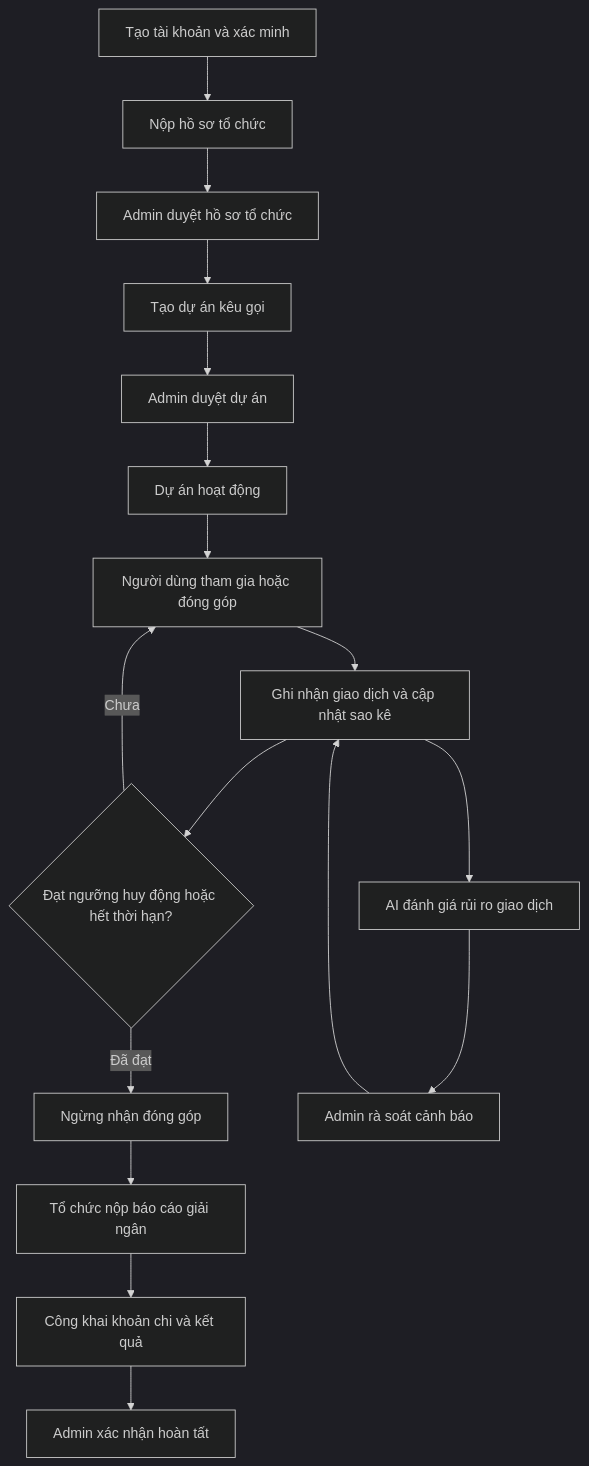
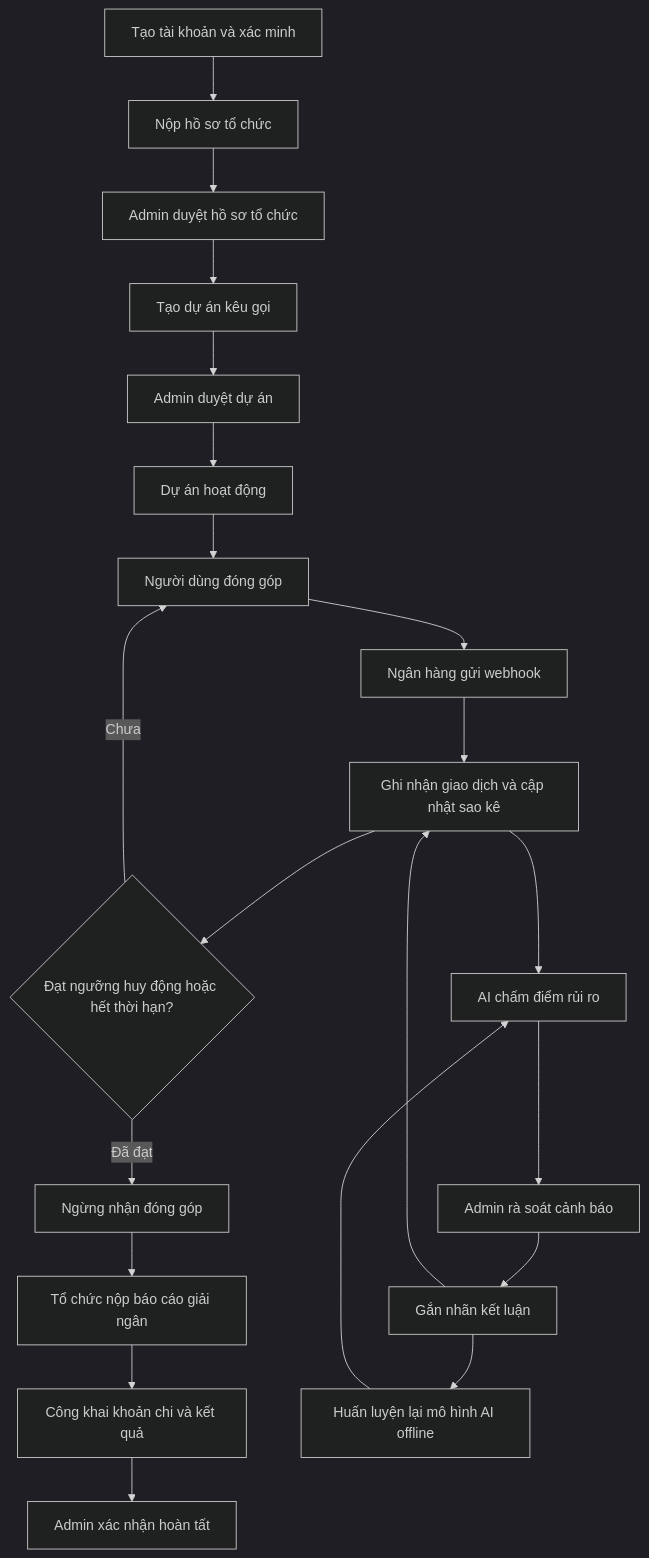
Before and after one commit to diemly26/volunteerPj_docs: the diagram in System-Flow-Summary.md, drawn with Mermaid (dark theme). The commit also changed other lines of this file, not shown here.

````diff
--- a/System-Flow-Summary.md
+++ b/System-Flow-Summary.md
@@ -23,23 +20,31 @@
 ```mermaid
 flowchart TD
   A[Tạo tài khoản và xác minh]
   B[Nộp hồ sơ tổ chức]
   C[Admin duyệt hồ sơ tổ chức]
   D[Tạo dự án kêu gọi]
   E[Admin duyệt dự án]
   F[Dự án hoạt động]
-  G[Người dùng tham gia hoặc đóng góp]
-  H[Ghi nhận giao dịch và cập nhật sao kê]
-  I{Đạt ngưỡng huy động hoặc hết thời hạn?}
-  J[Ngừng nhận đóng góp]
-  K[Tổ chức nộp báo cáo giải ngân]
-  L[Công khai khoản chi và kết quả]
-  M[Admin xác nhận hoàn tất]
-  N[AI đánh giá rủi ro giao dịch]
-  O[Admin rà soát cảnh báo]
+  G[Người dùng đóng góp]
+  H[Ngân hàng gửi webhook]
+  I[Ghi nhận giao dịch và cập nhật sao kê]
+  J{Đạt ngưỡng huy động hoặc hết thời hạn?}
+  K[Ngừng nhận đóng góp]
+  L[Tổ chức nộp báo cáo giải ngân]
+  M[Công khai khoản chi và kết quả]
+  N[Admin xác nhận hoàn tất]
 
-  A --> B --> C --> D --> E --> F --> G --> H --> I
-  I -- Chưa --> G
-  I -- Đã đạt --> J --> K --> L --> M
-  H --> N --> O --> H
+  O[AI chấm điểm rủi ro]
+  P[Admin rà soát cảnh báo]
+  Q[Gắn nhãn kết luận]
+  R[Huấn luyện lại mô hình AI offline]
+
+  A --> B --> C --> D --> E --> F --> G --> H --> I --> J
+  J -- Chưa --> G
+  J -- Đã đạt --> K --> L --> M --> N
+
+  I --> O --> P --> Q
+  Q --> I
+  Q --> R
+  R --> O
 ```
````
